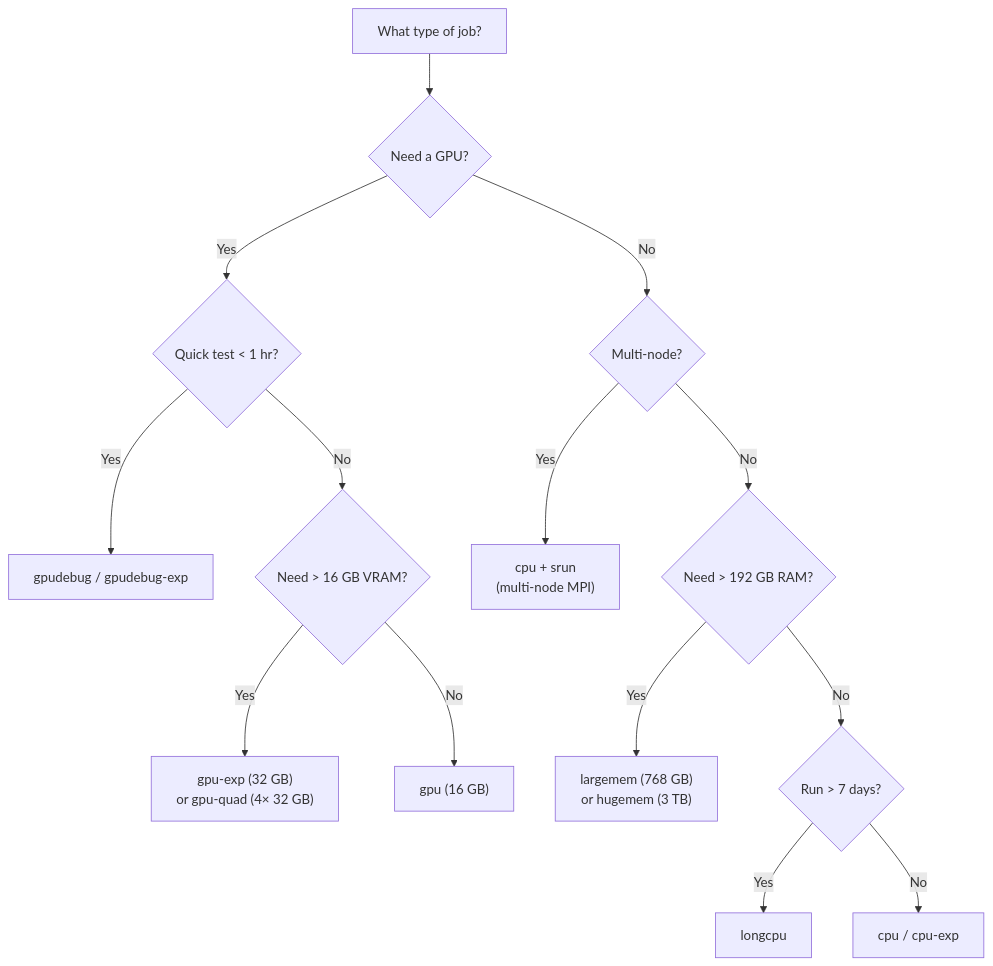
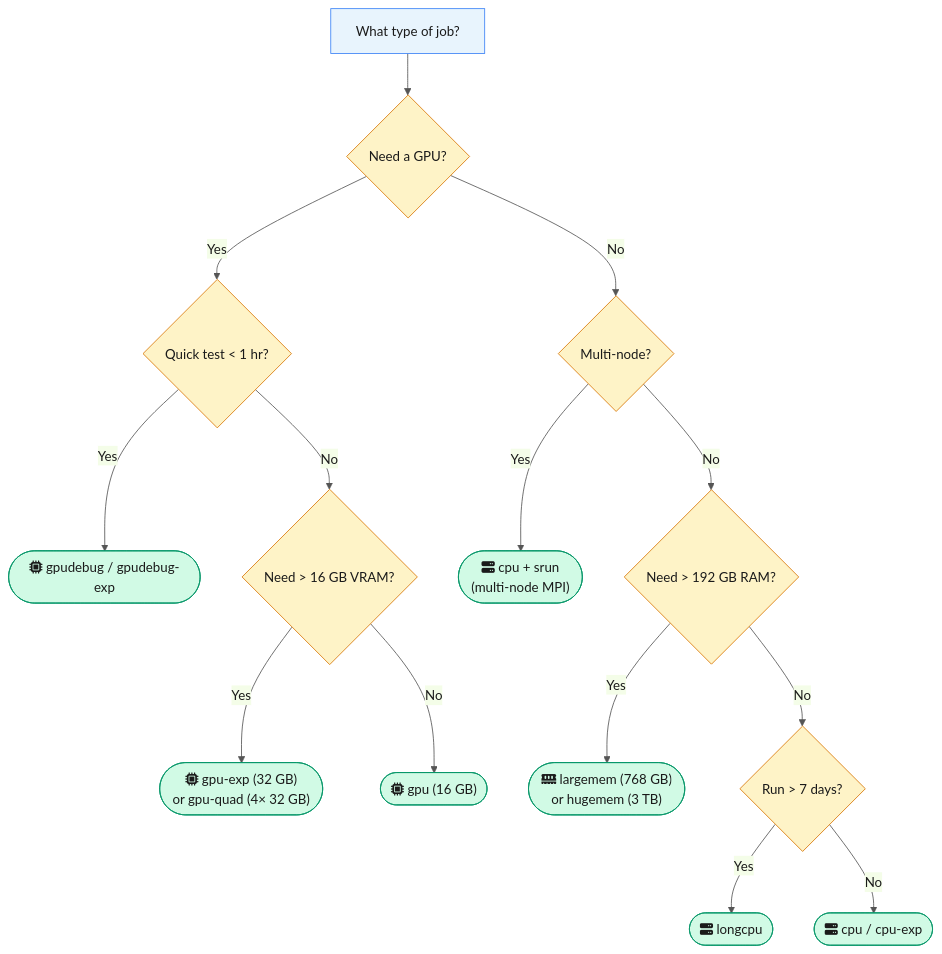
The second of 3 diagrams in docs/osc-basics/osc-clusters-overview.md (OSU-CAR-MSL/lab-setup-guide), drawn with Mermaid before and after one commit. The commit also changed other lines of this file and 13 other files, not shown here.

First line of the commit message:
Enhance all 22 Mermaid diagrams with semantic shapes, icons, and color coding

````diff
--- a/docs/osc-basics/osc-clusters-overview.md
+++ b/docs/osc-basics/osc-clusters-overview.md
@@ -136,16 +142,28 @@
 ```mermaid
+%%{init: {'theme': 'base', 'themeVariables': {'primaryColor': '#e8f4fd', 'primaryTextColor': '#1a1a1a', 'lineColor': '#555'}}}%%
 flowchart TD
-    A[What type of job?] --> B{Need a GPU?}
-    B -->|Yes| C{Quick test < 1 hr?}
-    B -->|No| D{Multi-node?}
-    C -->|Yes| E["gpudebug / gpudebug-exp"]
-    C -->|No| F{Need > 16 GB VRAM?}
-    F -->|Yes| G["gpu-exp (32 GB)\nor gpu-quad (4× 32 GB)"]
-    F -->|No| H["gpu (16 GB)"]
-    D -->|Yes| I["cpu + srun\n(multi-node MPI)"]
-    D -->|No| J{Need > 192 GB RAM?}
-    J -->|Yes| K["largemem (768 GB)\nor hugemem (3 TB)"]
-    J -->|No| L{Run > 7 days?}
-    L -->|Yes| M[longcpu]
-    L -->|No| N["cpu / cpu-exp"]
+    A["What type of job?"]:::process --> B@{ shape: diam, label: "Need a GPU?" }
+    B:::decision -->|Yes| C@{ shape: diam, label: "Quick test < 1 hr?" }
+    C:::decision -->|Yes| E@{ shape: stadium, label: "fa:fa-microchip gpudebug / gpudebug-exp" }
+    E:::success
+    C -->|No| F@{ shape: diam, label: "Need > 16 GB VRAM?" }
+    F:::decision -->|Yes| G@{ shape: stadium, label: "fa:fa-microchip gpu-exp (32 GB)\nor gpu-quad (4× 32 GB)" }
+    G:::success
+    F -->|No| H@{ shape: stadium, label: "fa:fa-microchip gpu (16 GB)" }
+    H:::success
+    B -->|No| D@{ shape: diam, label: "Multi-node?" }
+    D:::decision -->|Yes| I@{ shape: stadium, label: "fa:fa-server cpu + srun\n(multi-node MPI)" }
+    I:::success
+    D -->|No| J@{ shape: diam, label: "Need > 192 GB RAM?" }
+    J:::decision -->|Yes| K@{ shape: stadium, label: "fa:fa-memory largemem (768 GB)\nor hugemem (3 TB)" }
+    K:::success
+    J -->|No| L@{ shape: diam, label: "Run > 7 days?" }
+    L:::decision -->|Yes| M@{ shape: stadium, label: "fa:fa-server longcpu" }
+    M:::success
+    L -->|No| N@{ shape: stadium, label: "fa:fa-server cpu / cpu-exp" }
+    N:::success
+
+    classDef process fill:#e8f4fd,stroke:#3b82f6
+    classDef decision fill:#fef3c7,stroke:#d97706
+    classDef success fill:#d1fae5,stroke:#059669
 ```
````
